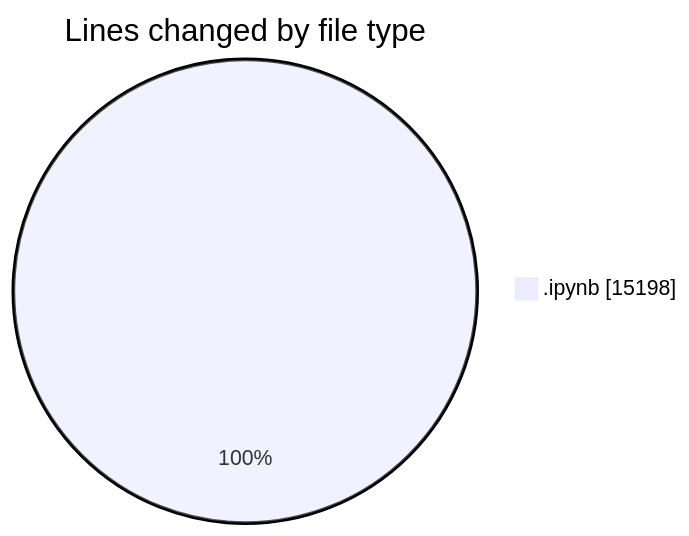
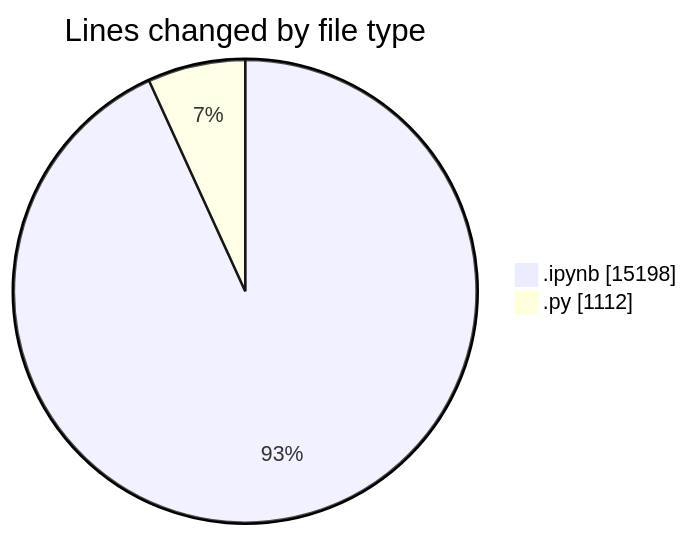
Before and after one commit to MatusMokan/code-tracking: the first of 2 diagrams in 2025-04-10/myws__workspace_/README.md, drawn with Mermaid. The commit also changed other lines of this file and 1 other file, not shown here.

````diff
--- a/2025-04-10/myws__workspace_/README.md
+++ b/2025-04-10/myws__workspace_/README.md
@@ -20,5 +21,6 @@
 ```mermaid
 pie showData
 title Lines changed by file type
 ".ipynb" : 15198
+".py" : 1112
 ```
````
